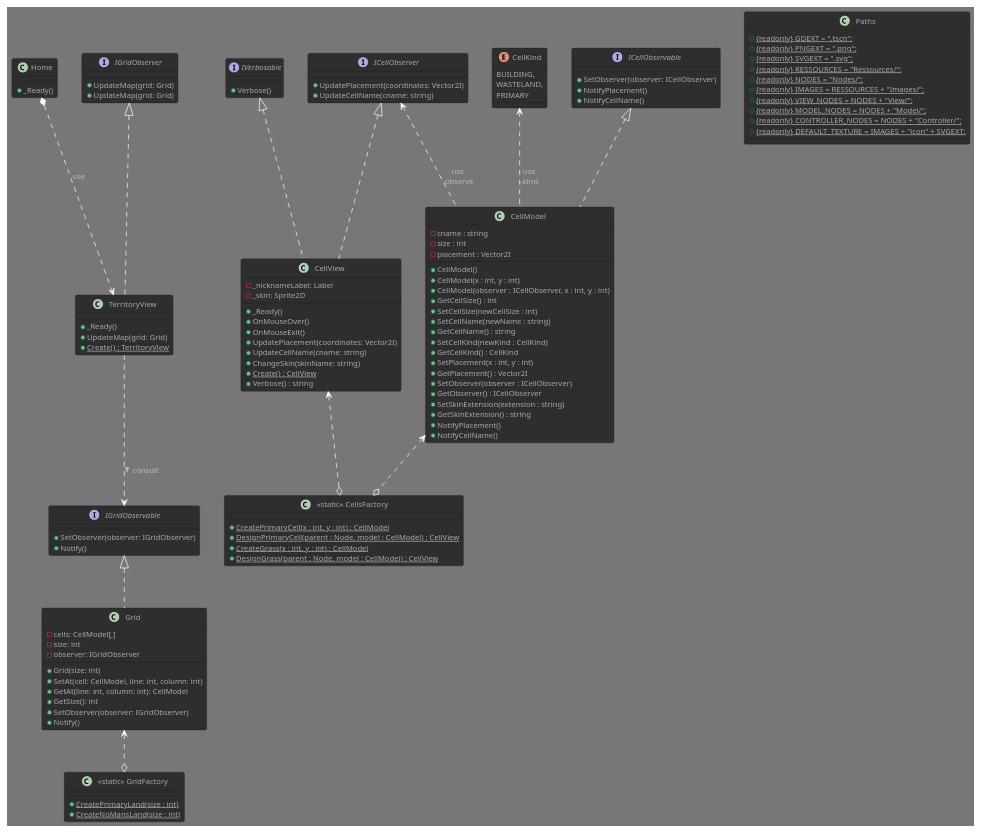
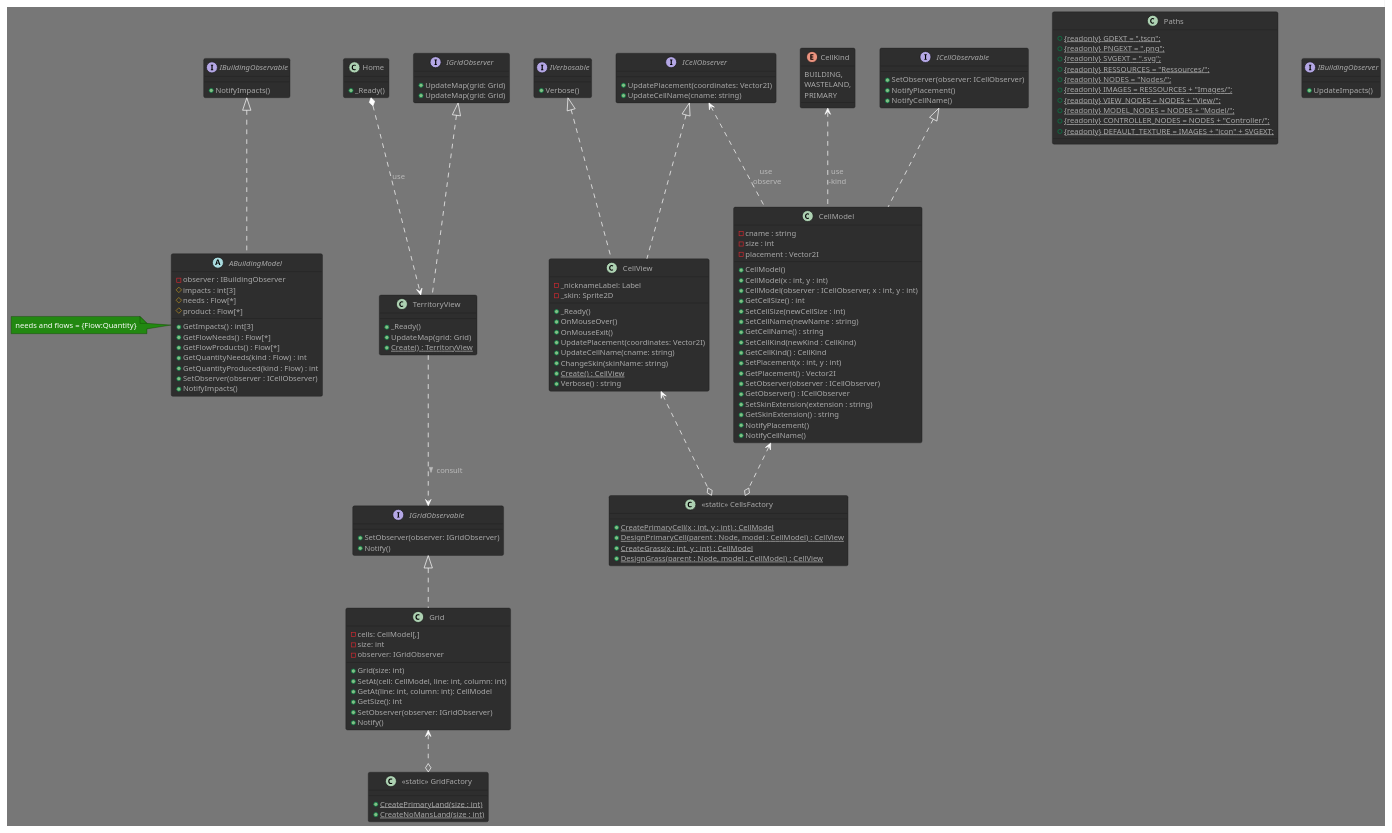
The diagram in Schemes and infos/Scratch.puml (Spidermatou/Terriflux), drawn with PlantUML before and after one commit. The commit also changed 13 other files, not shown here.

Commit message:
Add BuildingModel abstract and observers

```diff
--- a/Schemes and infos/Scratch.puml
+++ b/Schemes and infos/Scratch.puml
@@ -1,130 +1,157 @@
 @startuml
 !theme reddress-darkgreen
 
 class Home{
     + _Ready()
 }
 Home *..> TerritoryView : use
 
 interface IVerbosable{
     + Verbose()
 }
 
 class Paths{
     + {static} {readonly} GDEXT = ".tscn";
     + {static} {readonly} PNGEXT = ".png";
     + {static} {readonly} SVGEXT = ".svg";
     + {static} {readonly} RESSOURCES = "Ressources/";
     + {static} {readonly} NODES = "Nodes/";
     + {static} {readonly} IMAGES = RESSOURCES + "Images/";
     + {static} {readonly} VIEW_NODES = NODES + "View/";
     + {static} {readonly} MODEL_NODES = NODES + "Model/";
     + {static} {readonly} CONTROLLER_NODES = NODES + "Controller/";
     + {static} {readonly} DEFAULT_TEXTURE = IMAGES + "icon" + SVGEXT;
 }
 
 enum CellKind{
     BUILDING,
     WASTELAND,
     PRIMARY
 }
 
 class CellModel implements ICellObservable {
     - cname : string
     - size : int
     - placement : Vector2I
     + CellModel()
     + CellModel(x : int, y : int)
     + CellModel(observer : ICellObserver, x : int, y : int)
     + GetCellSize() : int
     + SetCellSize(newCellSize : int)
     + SetCellName(newName : string)
     + GetCellName() : string
     + SetCellKind(newKind : CellKind)
     + GetCellKind() : CellKind
     + SetPlacement(x : int, y : int)
     + GetPlacement() : Vector2I
     + SetObserver(observer : ICellObserver)
     + GetObserver() : ICellObserver
     + SetSkinExtension(extension : string)
     + GetSkinExtension() : string
     + NotifyPlacement()
     + NotifyCellName()
 }
 CellKind <.. CellModel : use\n-kind
 ICellObserver <.. CellModel : use\n-observe
 
 class Grid implements IGridObservable {
     - cells: CellModel[,]
     - size: int
     - observer: IGridObserver
 
     + Grid(size: int)
     + SetAt(cell: CellModel, line: int, column: int)
     + GetAt(line: int, column: int): CellModel
     + GetSize(): int
     + SetObserver(observer: IGridObserver)
     + Notify()
 }
 
 interface IGridObserver {
     + UpdateMap(grid: Grid)
 }
 
 interface ICellObservable {
     + SetObserver(observer: ICellObserver)
     + NotifyPlacement()
     + NotifyCellName()
 }
 
 interface ICellObserver {
     + UpdatePlacement(coordinates: Vector2I)
     + UpdateCellName(cname: string)
 }
 
 interface IGridObserver {
     + UpdateMap(grid: Grid)
 }
 
 interface IGridObservable {
     + SetObserver(observer: IGridObserver)
     + Notify()
 }
 
 class CellView implements ICellObserver, IVerbosable {
     - _nicknameLabel: Label
     - _skin: Sprite2D
 
     + _Ready() 
     + OnMouseOver() 
     + OnMouseExit() 
     + UpdatePlacement(coordinates: Vector2I) 
     + UpdateCellName(cname: string) 
     + ChangeSkin(skinName: string) 
     + {static} Create() : CellView
     + Verbose() : string
 }
 
 class TerritoryView implements IGridObserver {
     + _Ready() 
     + UpdateMap(grid: Grid)
     + {static} Create() : TerritoryView
 }
 TerritoryView ..> IGridObservable : > consult
 
 class "<<static>> GridFactory" as GridFactory{
     + {static} CreatePrimaryLand(size : int)
     + {static} CreateNoMansLand(size : int)
 }
 Grid <..o GridFactory
 
 class "<<static>> CellsFactory" as CellsFactory{
     + {static} CreatePrimaryCell(x : int, y : int) : CellModel
     + {static} DesignPrimaryCell(parent : Node, model : CellModel) : CellView
     + {static} CreateGrass(x : int, y : int) : CellModel
     + {static} DesignGrass(parent : Node, model : CellModel) : CellView
 }
 CellModel <..o CellsFactory
 CellView <..o CellsFactory
 
+abstract ABuildingModel implements IBuildingObservable{
+    - observer : IBuildingObserver /' just one for each instance! '/
+    # impacts : int[3]
+    # needs : Flow[*]
+    # product : Flow[*]
+    + GetImpacts() : int[3]
+    + GetFlowNeeds() : Flow[*]
+    + GetFlowProducts() : Flow[*]
+    + GetQuantityNeeds(kind : Flow) : int
+    + GetQuantityProduced(kind : Flow) : int
+    + SetObserver(observer : ICellObserver)
+    + NotifyImpacts()
+    /' impacts =
+    +-sociability,
+    +-ecology,
+    +-economy\n}'/
+}
+note "needs and flows = {Flow:Quantity}" as FQNote
+FQNote - ABuildingModel
+
+interface IBuildingObserver{
+    + UpdateImpacts()
+}
+interface IBuildingObservable{
+    + NotifyImpacts()
+}
+
 @enduml
```
